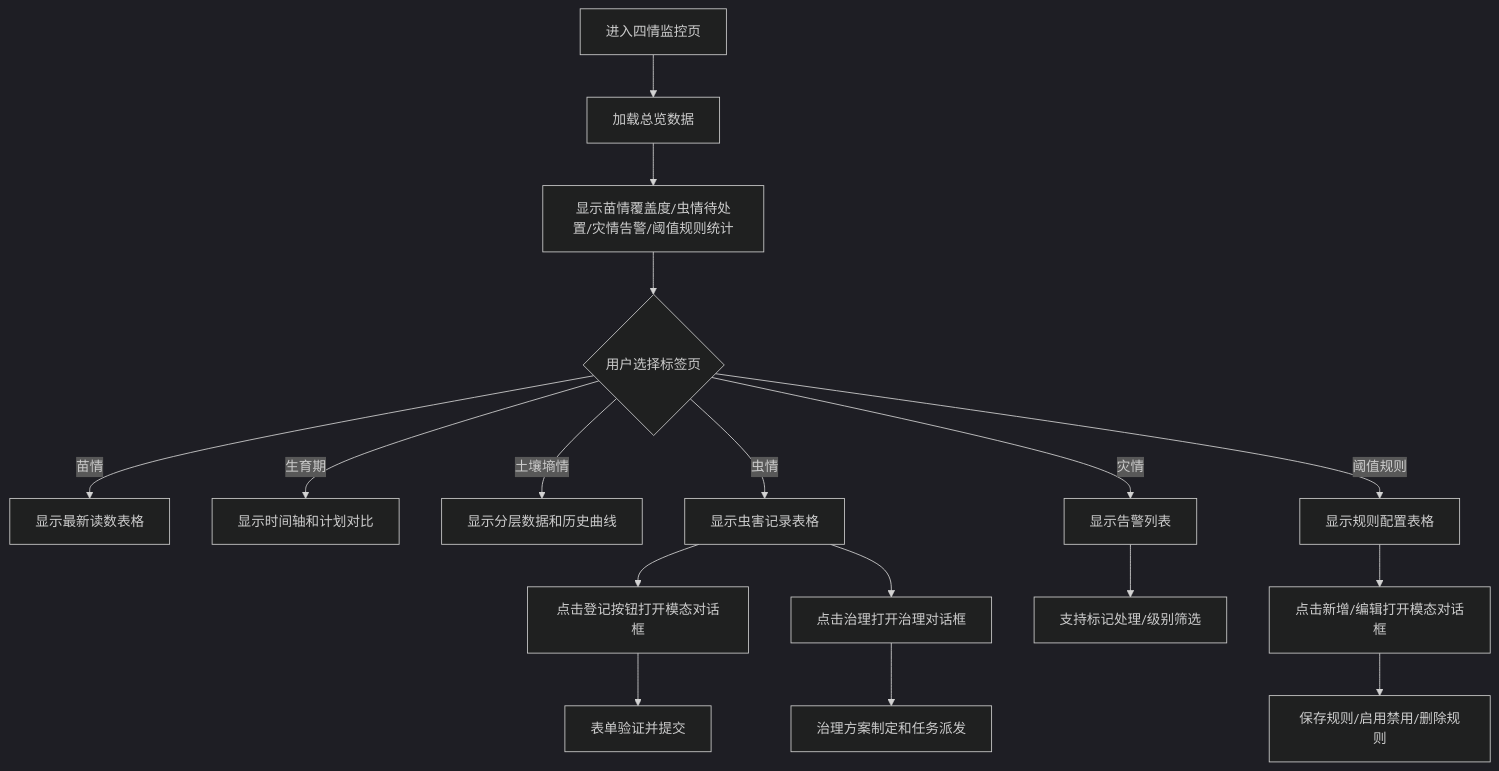
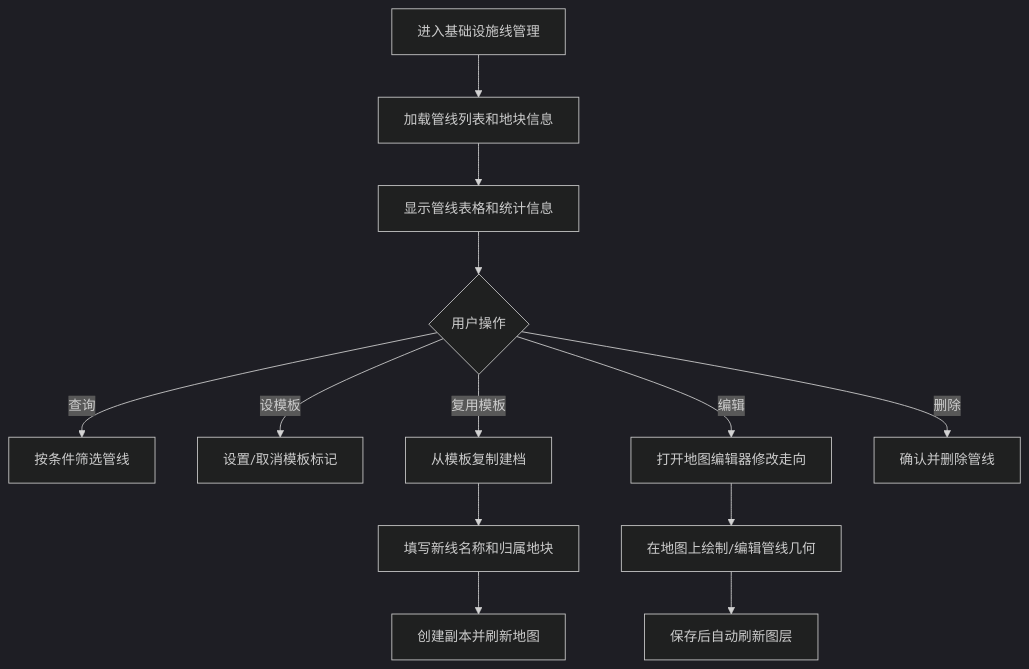
Before and after one commit to q446328246/agri-platform: the fourth of 8 diagrams in .qoder/repowiki/zh/content/前端应用文档/前端应用文档.md, drawn with Mermaid (dark theme). The commit also changed other lines of this file and 15 other files, not shown here.

````diff
--- a/.qoder/repowiki/zh/content/前端应用文档/前端应用文档.md
+++ b/.qoder/repowiki/zh/content/前端应用文档/前端应用文档.md
@@ -271,19 +292,15 @@
 ```mermaid
 flowchart TD
-A["进入四情监控页"] --> B["加载总览数据"]
-B --> C["显示苗情覆盖度/虫情待处置/灾情告警/阈值规则统计"]
-C --> D{"用户选择标签页"}
-D --> |苗情| E["显示最新读数表格"]
-D --> |生育期| F["显示时间轴和计划对比"]
-D --> |土壤墒情| G["显示分层数据和历史曲线"]
-D --> |虫情| H["显示虫害记录表格"]
-D --> |灾情| I["显示告警列表"]
-D --> |阈值规则| J["显示规则配置表格"]
-H --> K["点击登记按钮打开模态对话框"]
-H --> L["点击治理打开治理对话框"]
-I --> M["支持标记处理/级别筛选"]
-J --> N["点击新增/编辑打开模态对话框"]
-K --> O["表单验证并提交"]
-L --> P["治理方案制定和任务派发"]
-N --> Q["保存规则/启用禁用/删除规则"]
+A["进入基础设施线管理"] --> B["加载管线列表和地块信息"]
+B --> C["显示管线表格和统计信息"]
+C --> D{"用户操作"}
+D --> |查询| E["按条件筛选管线"]
+D --> |设模板| F["设置/取消模板标记"]
+D --> |复用模板| G["从模板复制建档"]
+D --> |编辑| H["打开地图编辑器修改走向"]
+D --> |删除| I["确认并删除管线"]
+G --> J["填写新线名称和归属地块"]
+J --> K["创建副本并刷新地图"]
+H --> L["在地图上绘制/编辑管线几何"]
+L --> M["保存后自动刷新图层"]
 ```
````
